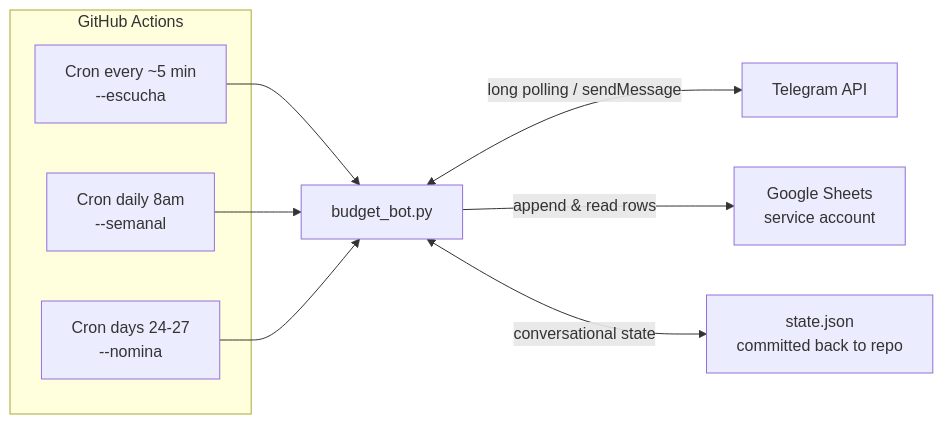
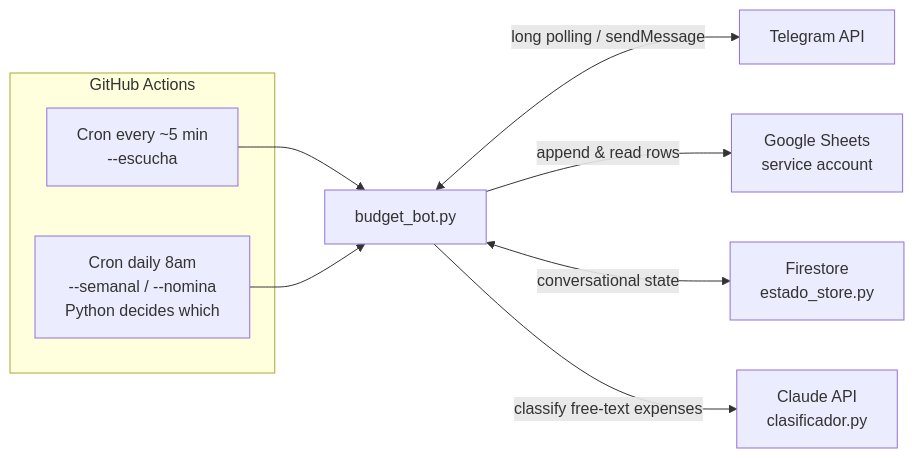
The diagram in README.md (AndreAVelez27/telegram-budget-bot), drawn with Mermaid before and after one commit. The commit also changed other lines of this file and 5 other files, not shown here.

````diff
--- a/README.md
+++ b/README.md
@@ -21,12 +21,12 @@
 ```mermaid
 flowchart LR
     subgraph GitHub Actions
-        A[Cron every ~5 min<br/>--escucha] 
-        B[Cron daily 8am<br/>--semanal]
-        C[Cron days 24-27<br/>--nomina]
+        A[Cron every ~5 min<br/>--escucha]
+        B[Cron daily 8am<br/>--semanal / --nomina<br/>Python decides which]
     end
-    A & B & C --> D[budget_bot.py]
+    A & B --> D[budget_bot.py]
     D <-->|long polling / sendMessage| E[Telegram API]
     D -->|append & read rows| F[Google Sheets<br/>service account]
-    D <-->|conversational state| G[state.json<br/>committed back to repo]
+    D <-->|conversational state| G[Firestore<br/>estado_store.py]
+    D -->|classify free-text expenses| H[Claude API<br/>clasificador.py]
 ```
````
